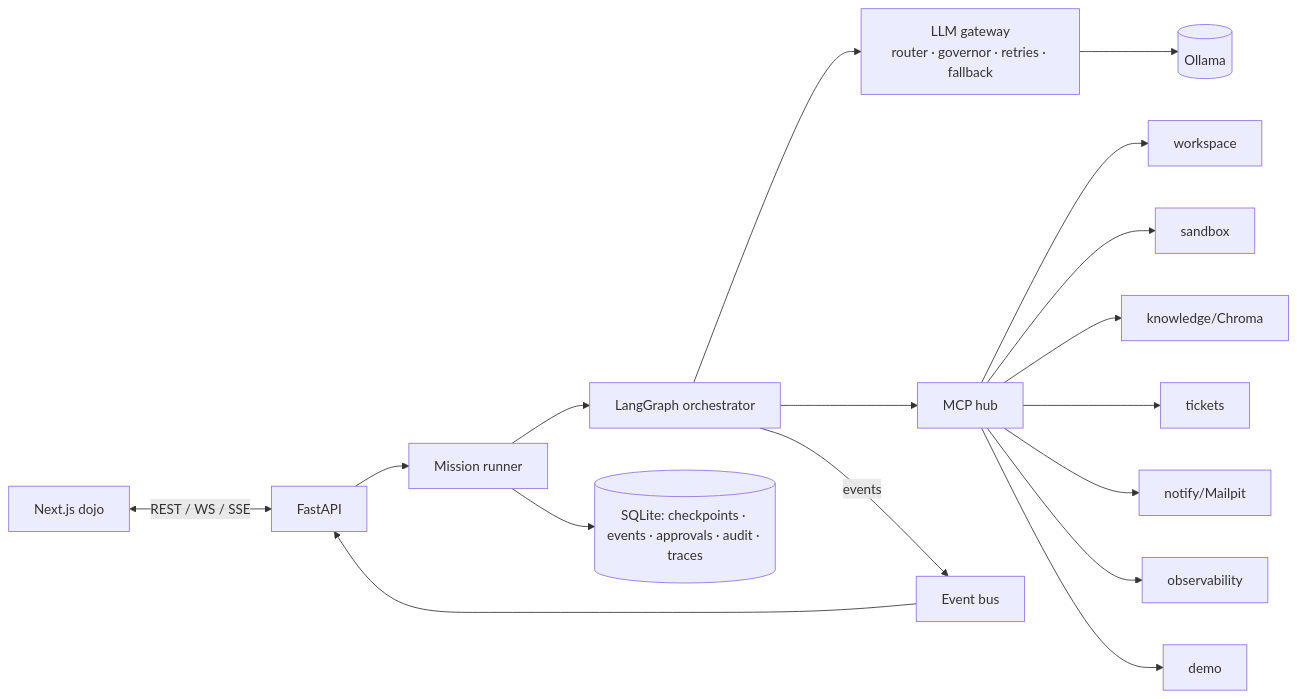
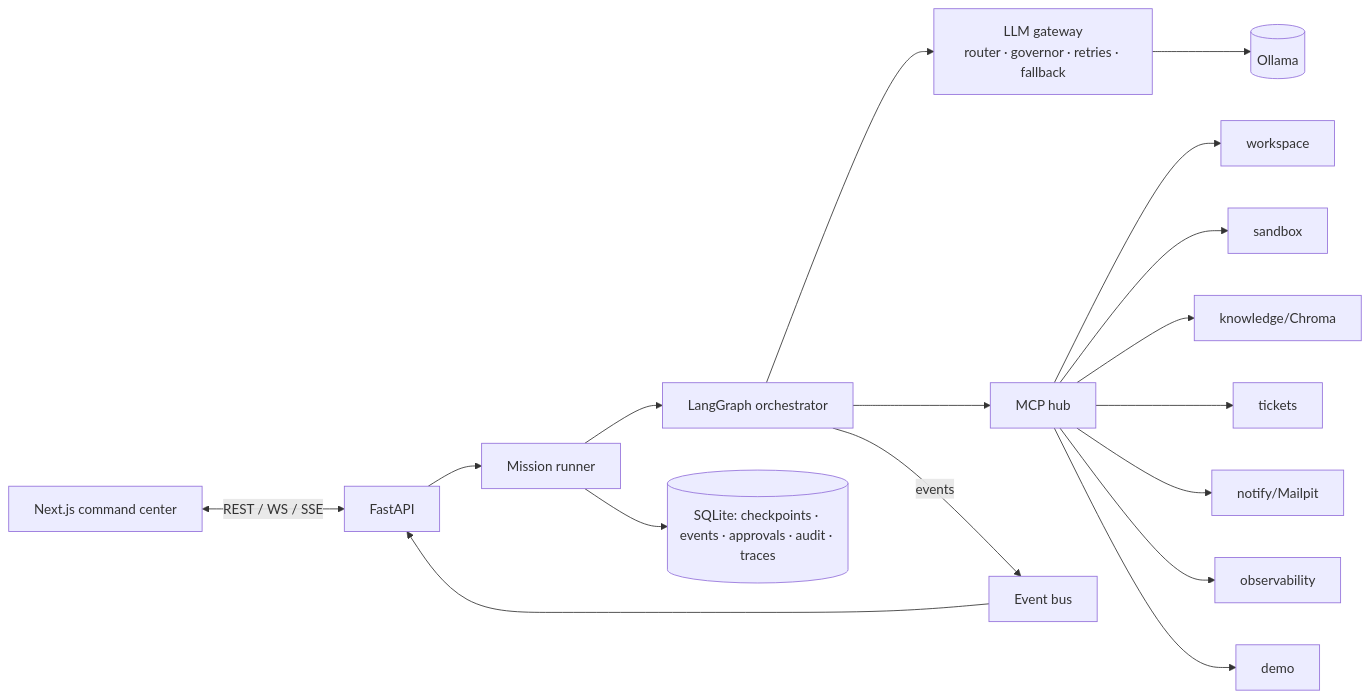
The diagram in README.md (VinayBot/nexus), drawn with Mermaid before and after one commit. The commit also changed other lines of this file and 196 other files, not shown here.

````diff
--- a/README.md
+++ b/README.md
@@ -89,9 +94,9 @@
 ```mermaid
 flowchart LR
-  UI[Next.js dojo] <-- REST / WS / SSE --> API[FastAPI]
+  UI[Next.js command center] <-- REST / WS / SSE --> API[FastAPI]
   API --> R[Mission runner] --> G[LangGraph orchestrator]
   G --> GW[LLM gateway<br/>router · governor · retries · fallback] --> O[(Ollama)]
   G --> H[MCP hub] --> S1[workspace] & S2[sandbox] & S3[knowledge/Chroma] & S4[tickets] & S5[notify/Mailpit] & S6[observability] & S7[demo]
   G -- events --> B[Event bus] --> API
   R --> DB[(SQLite: checkpoints · events · approvals · audit · traces)]
 ```
````
